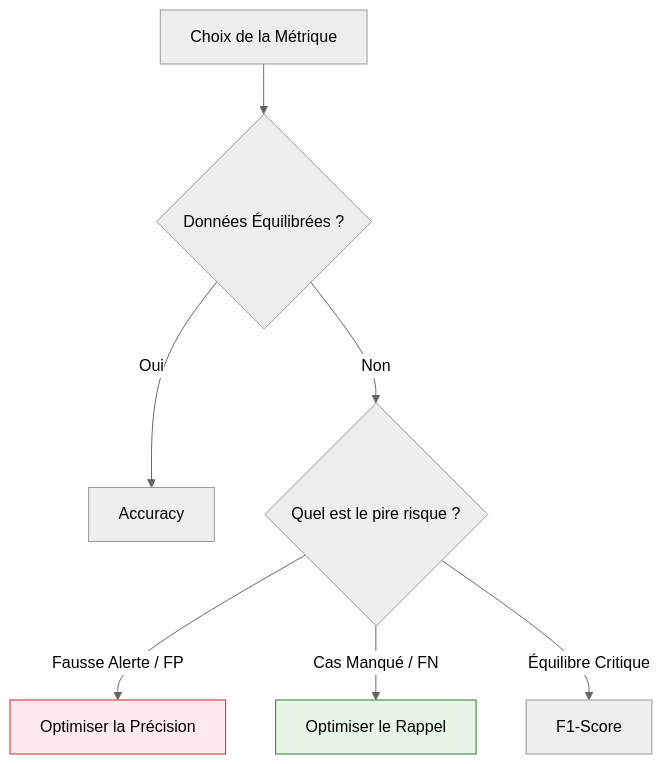
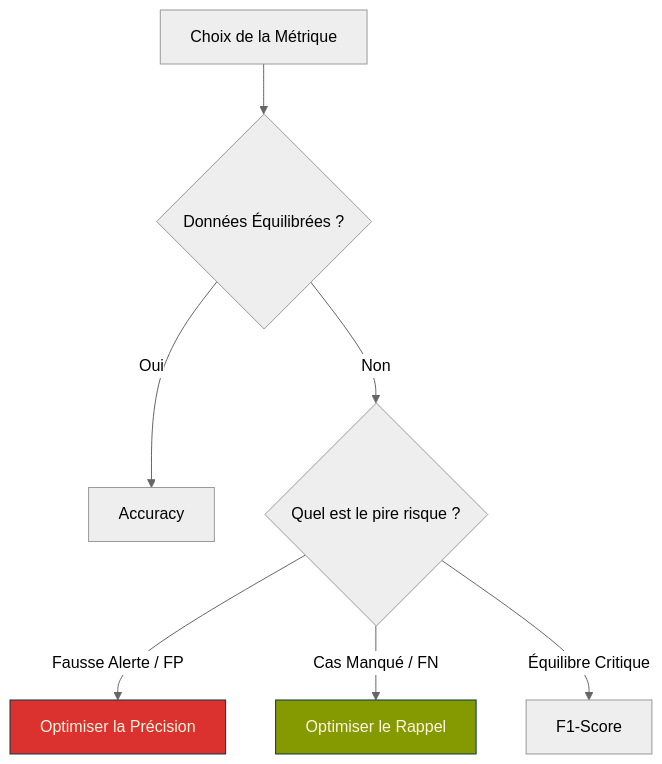
Before and after one commit to aptitek/aptispace-datascience: the diagram in cours/6_evaluation/_61_metriques_regression.qmd, drawn with Mermaid (neutral theme). The commit also changed 35 other files, not shown here.

````diff
--- a/cours/6_evaluation/_61_metriques_regression.qmd
+++ b/cours/6_evaluation/_61_metriques_regression.qmd
@@ -48,14 +48,14 @@
 ```{mermaid}
 flowchart TD
     A[Choix de la Métrique] --> B{Données Équilibrées ?}
     B -->|Oui| C[Accuracy]
     B -->|Non| D{Quel est le pire risque ?}
     
     D -->|Fausse Alerte / FP| E[Optimiser la Précision]
     D -->|Cas Manqué / FN| F[Optimiser le Rappel]
     D -->|Équilibre Critique| G[F1-Score]
     
-    style E fill:#ffebee,stroke:#c62828
-    style F fill:#e8f5e9,stroke:#2e7d32
+    style E fill:#dc322f,stroke:#073642,color:#fdf6e3
+    style F fill:#859900,stroke:#073642,color:#fdf6e3
 
 ```
````
